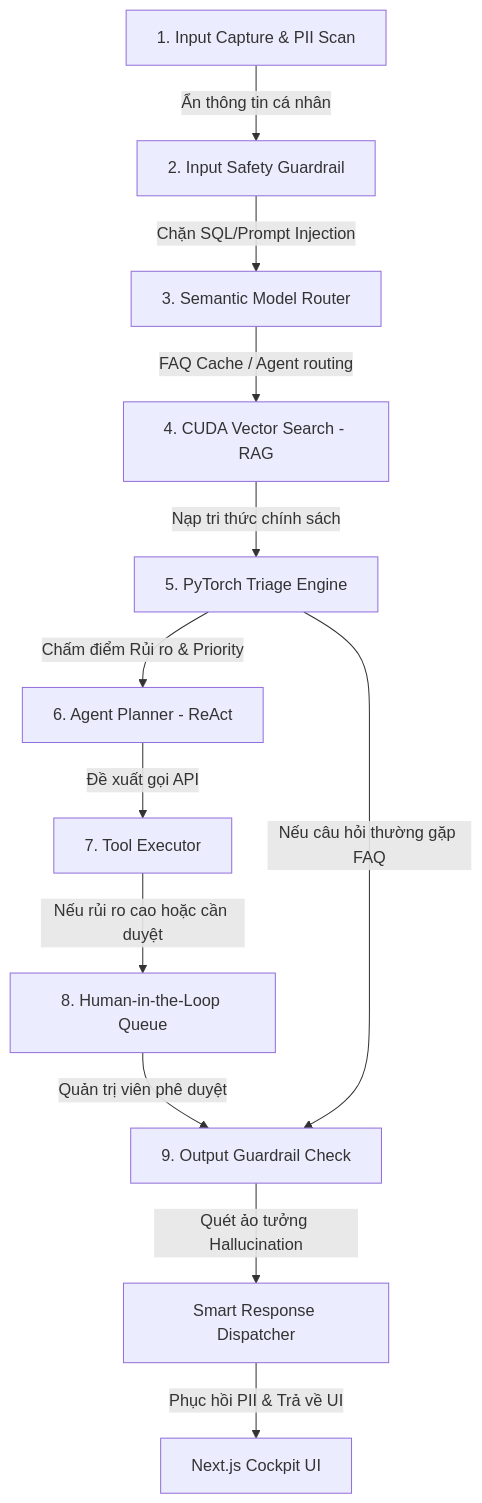
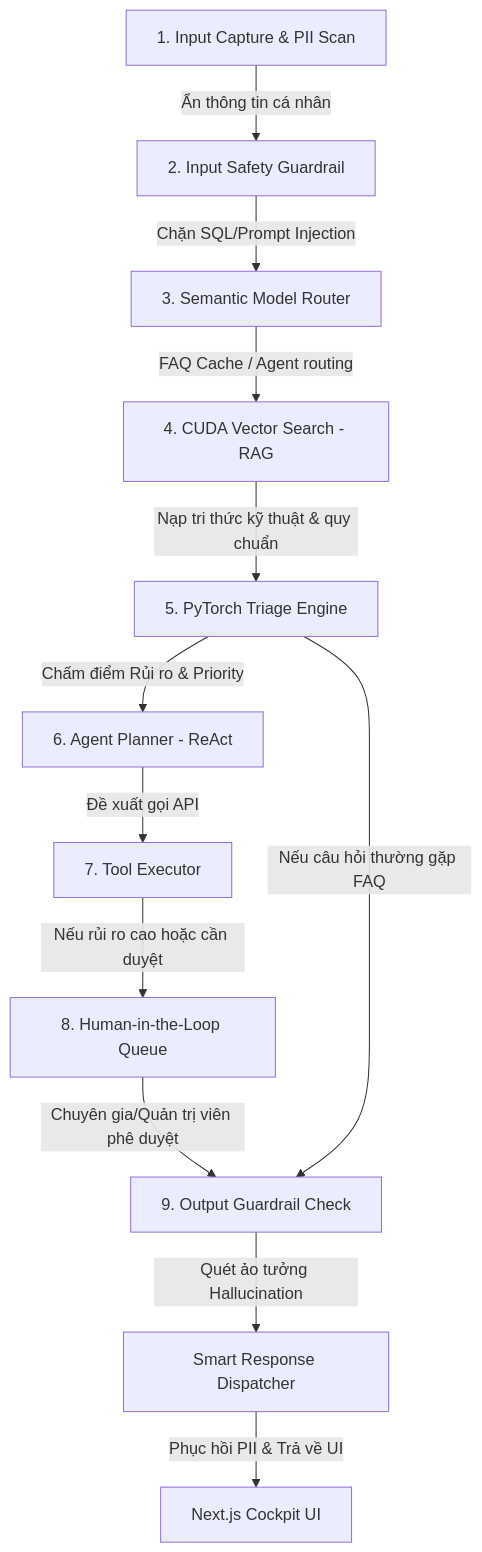
One commit to KhaiHASO/vietnam-ai-challenge-2026 changed the diagram in README.md. Above: the diagram before and after it, drawn with Mermaid. The commit also changed other lines of this file and 119 other files, not shown here.

````diff
--- a/README.md
+++ b/README.md
@@ -57,14 +57,14 @@
 ```mermaid
 graph TD
     A[1. Input Capture & PII Scan] -->|Ẩn thông tin cá nhân| B[2. Input Safety Guardrail]
     B -->|Chặn SQL/Prompt Injection| C[3. Semantic Model Router]
     C -->|FAQ Cache / Agent routing| D[4. CUDA Vector Search - RAG]
-    D -->|Nạp tri thức chính sách| E[5. PyTorch Triage Engine]
+    D -->|Nạp tri thức kỹ thuật & quy chuẩn| E[5. PyTorch Triage Engine]
     E -->|Chấm điểm Rủi ro & Priority| F[6. Agent Planner - ReAct]
     F -->|Đề xuất gọi API| G[7. Tool Executor]
     G -->|Nếu rủi ro cao hoặc cần duyệt| H[8. Human-in-the-Loop Queue]
-    H -->|Quản trị viên phê duyệt| I[9. Output Guardrail Check]
+    H -->|Chuyên gia/Quản trị viên phê duyệt| I[9. Output Guardrail Check]
     E -->|Nếu câu hỏi thường gặp FAQ| I
     I -->|Quét ảo tưởng Hallucination| J[Smart Response Dispatcher]
     J -->|Phục hồi PII & Trả về UI| UI[Next.js Cockpit UI]
 ```
````
